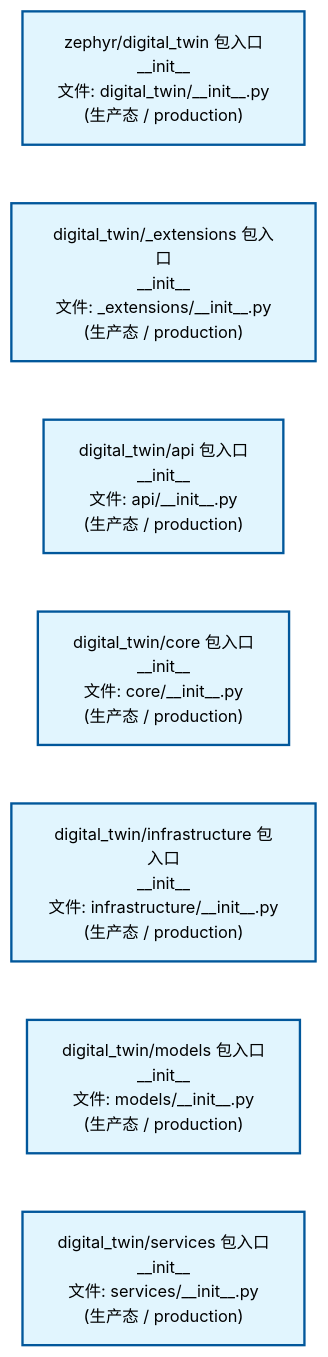
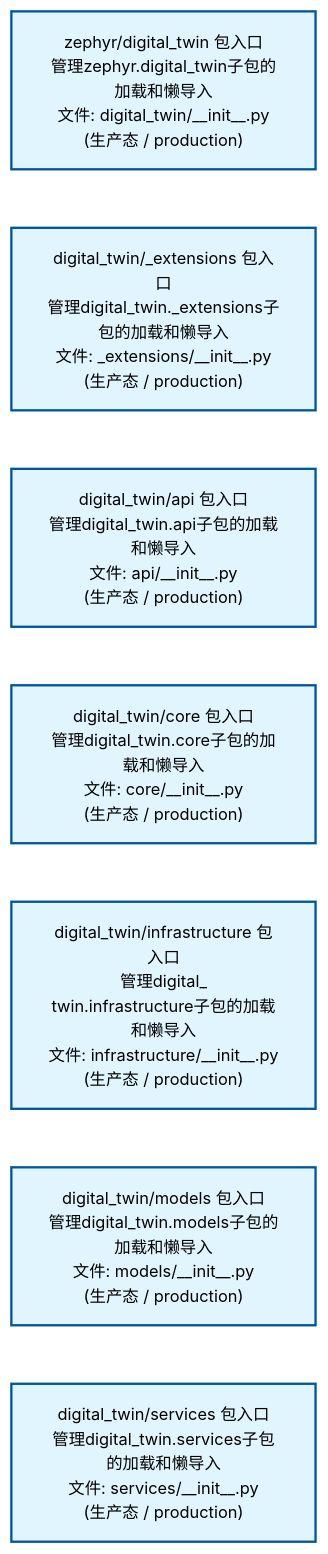
One commit to xuanFelixVan/ZephyrAlpha changed the first of 2 diagrams in docs/02_enterprise_architecture/02_domain_architecture_docs/42_d_digital_twin.md. Above: the diagram before and after it, drawn with Mermaid. The commit also changed other lines of this file and 62 other files, not shown here.

````diff
--- a/docs/02_enterprise_architecture/02_domain_architecture_docs/42_d_digital_twin.md
+++ b/docs/02_enterprise_architecture/02_domain_architecture_docs/42_d_digital_twin.md
@@ -53,22 +53,22 @@
 ```mermaid
 %%{init: {'theme': 'base', 'themeVariables': {'primaryColor': '#eaeaea', 'primaryTextColor': '#333333', 'primaryBorderColor': '#666666', 'lineColor': '#666666', 'secondaryColor': '#eaeaea', 'tertiaryColor': '#eaeaea', 'fontSize': '14px'}}}%%
 flowchart TD
-    src_zephyr_digital_twin_init_py["zephyr/digital_twin 包入口<br/>__init__<br/>文件: digital_twin/__init__.py<br/>(生产态 / production)"]
-    src_zephyr_digital_twin_extensions_init_py["digital_twin/_extensions 包入口<br/>__init__<br/>文件: _extensions/__init__.py<br/>(生产态 / production)"]
-    src_zephyr_digital_twin_api_init_py["digital_twin/api 包入口<br/>__init__<br/>文件: api/__init__.py<br/>(生产态 / production)"]
-    src_zephyr_digital_twin_core_init_py["digital_twin/core 包入口<br/>__init__<br/>文件: core/__init__.py<br/>(生产态 / production)"]
-    src_zephyr_digital_twin_infrastructure_init_py["digital_twin/infrastructure 包入口<br/>__init__<br/>文件: infrastructure/__init__.py<br/>(生产态 / production)"]
-    src_zephyr_digital_twin_models_init_py["digital_twin/models 包入口<br/>__init__<br/>文件: models/__init__.py<br/>(生产态 / production)"]
-    src_zephyr_digital_twin_services_init_py["digital_twin/services 包入口<br/>__init__<br/>文件: services/__init__.py<br/>(生产态 / production)"]
+    src_zephyr_digital_twin_init_py["zephyr/digital_twin 包入口<br/>管理zephyr.digital_twin子包的加载和懒导入<br/>文件: digital_twin/__init__.py<br/>(生产态 / production)"]
+    src_zephyr_digital_twin_extensions_init_py["digital_twin/_extensions 包入口<br/>管理digital_twin._extensions子包的加载和懒导入<br/>文件: _extensions/__init__.py<br/>(生产态 / production)"]
+    src_zephyr_digital_twin_api_init_py["digital_twin/api 包入口<br/>管理digital_twin.api子包的加载和懒导入<br/>文件: api/__init__.py<br/>(生产态 / production)"]
+    src_zephyr_digital_twin_core_init_py["digital_twin/core 包入口<br/>管理digital_twin.core子包的加载和懒导入<br/>文件: core/__init__.py<br/>(生产态 / production)"]
+    src_zephyr_digital_twin_infrastructure_init_py["digital_twin/infrastructure 包入口<br/>管理digital_<br/>twin.infrastructure子包的加载和懒导入<br/>文件: infrastructure/__init__.py<br/>(生产态 / production)"]
+    src_zephyr_digital_twin_models_init_py["digital_twin/models 包入口<br/>管理digital_twin.models子包的加载和懒导入<br/>文件: models/__init__.py<br/>(生产态 / production)"]
+    src_zephyr_digital_twin_services_init_py["digital_twin/services 包入口<br/>管理digital_twin.services子包的加载和懒导入<br/>文件: services/__init__.py<br/>(生产态 / production)"]
     src_zephyr_digital_twin_init_py ~~~ src_zephyr_digital_twin_extensions_init_py
     src_zephyr_digital_twin_extensions_init_py ~~~ src_zephyr_digital_twin_api_init_py
     src_zephyr_digital_twin_api_init_py ~~~ src_zephyr_digital_twin_core_init_py
     src_zephyr_digital_twin_core_init_py ~~~ src_zephyr_digital_twin_infrastructure_init_py
     src_zephyr_digital_twin_infrastructure_init_py ~~~ src_zephyr_digital_twin_models_init_py
     src_zephyr_digital_twin_models_init_py ~~~ src_zephyr_digital_twin_services_init_py
     classDef production fill:#e1f5fe,stroke:#01579b,stroke-width:2px,color:#000
     classDef design fill:#fff3e0,stroke:#e65100,stroke-width:2px,color:#000,stroke-dasharray: 5 5
     classDef external_prod fill:#e8f4fd,stroke:#0277bd,stroke-width:1px,color:#000
     classDef external_design fill:#fff8e7,stroke:#ef6c00,stroke-width:1px,color:#000,stroke-dasharray: 5 5
     class src_zephyr_digital_twin_init_py,src_zephyr_digital_twin_extensions_init_py,src_zephyr_digital_twin_api_init_py,src_zephyr_digital_twin_core_init_py,src_zephyr_digital_twin_infrastructure_init_py,src_zephyr_digital_twin_models_init_py,src_zephyr_digital_twin_services_init_py production
 ```
````
